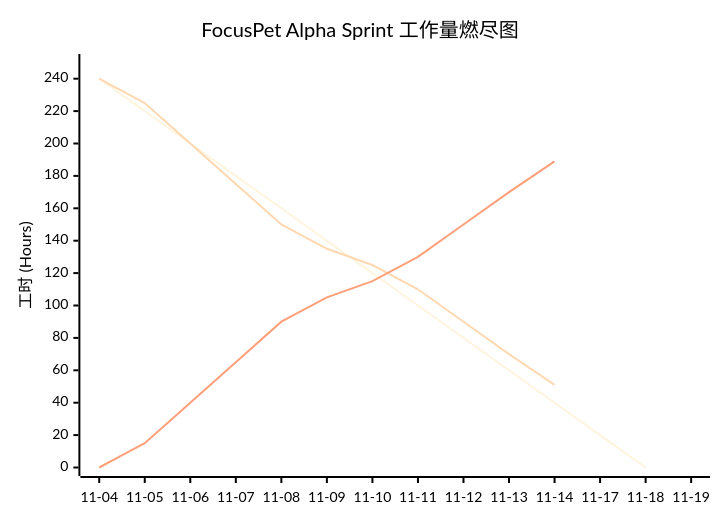
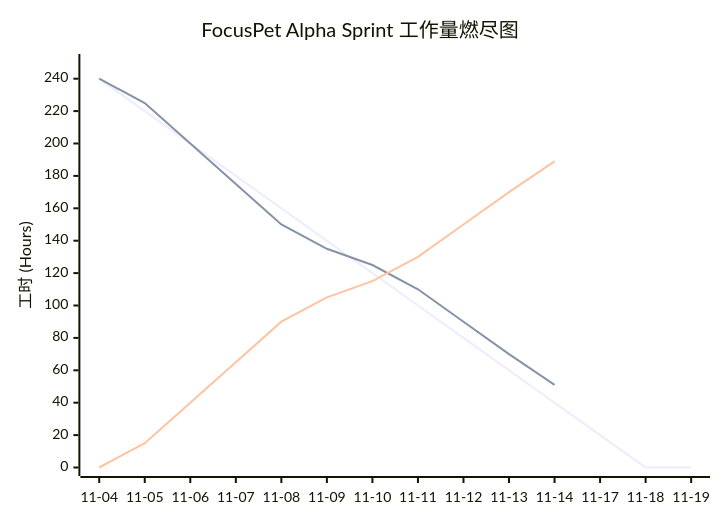
The diagram in _posts/2025-11-05-blog-post-11.md (milkieTigera/milkieTigera.github.io), drawn with Mermaid before and after one commit.

````diff
--- a/_posts/2025-11-05-blog-post-11.md
+++ b/_posts/2025-11-05-blog-post-11.md
@@ -67,10 +67,10 @@
 ```mermaid
-%%{init: {'theme':'base', 'themeVariables': { 'primaryColor':'#2563eb','primaryTextColor':'#000','primaryBorderColor':'#1e40af','lineColor':'#dc2626','secondaryColor':'#16a34a','tertiaryColor':'#fff','background':'#fff','mainBkg':'#fff','textColor':'#000','fontSize':'14px'}}}%%
+%%{init: {'theme':'default'}}%%
 xychart-beta
     title "FocusPet Alpha Sprint 工作量燃尽图"
     x-axis ["11-04", "11-05", "11-06", "11-07", "11-08", "11-09", "11-10", "11-11", "11-12", "11-13", "11-14", "11-17", "11-18", "11-19"]
     y-axis "工时 (Hours)" 0 --> 250
-    line "预估剩余时间" [240, 220, 200, 180, 160, 140, 120, 100, 80, 60, 40, 20, 0]
+    line "预估剩余时间" [240, 220, 200, 180, 160, 140, 120, 100, 80, 60, 40, 20, 0, 0]
     line "实际剩余时间" [240, 225, 200, 175, 150, 135, 125, 110, 90, 70, 51]
     line "实际完成时间" [0, 15, 40, 65, 90, 105, 115, 130, 150, 170, 189]
 ```
````
